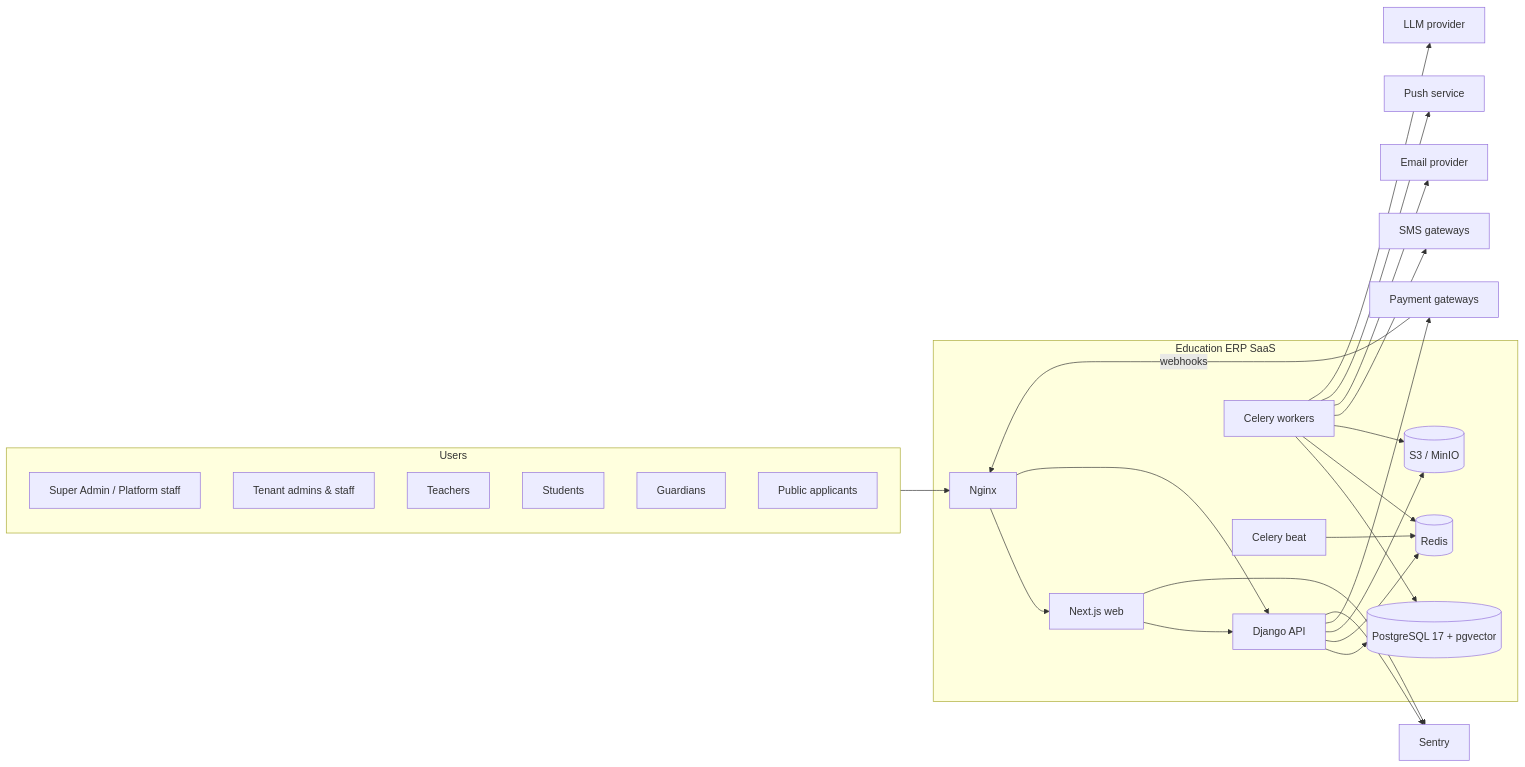
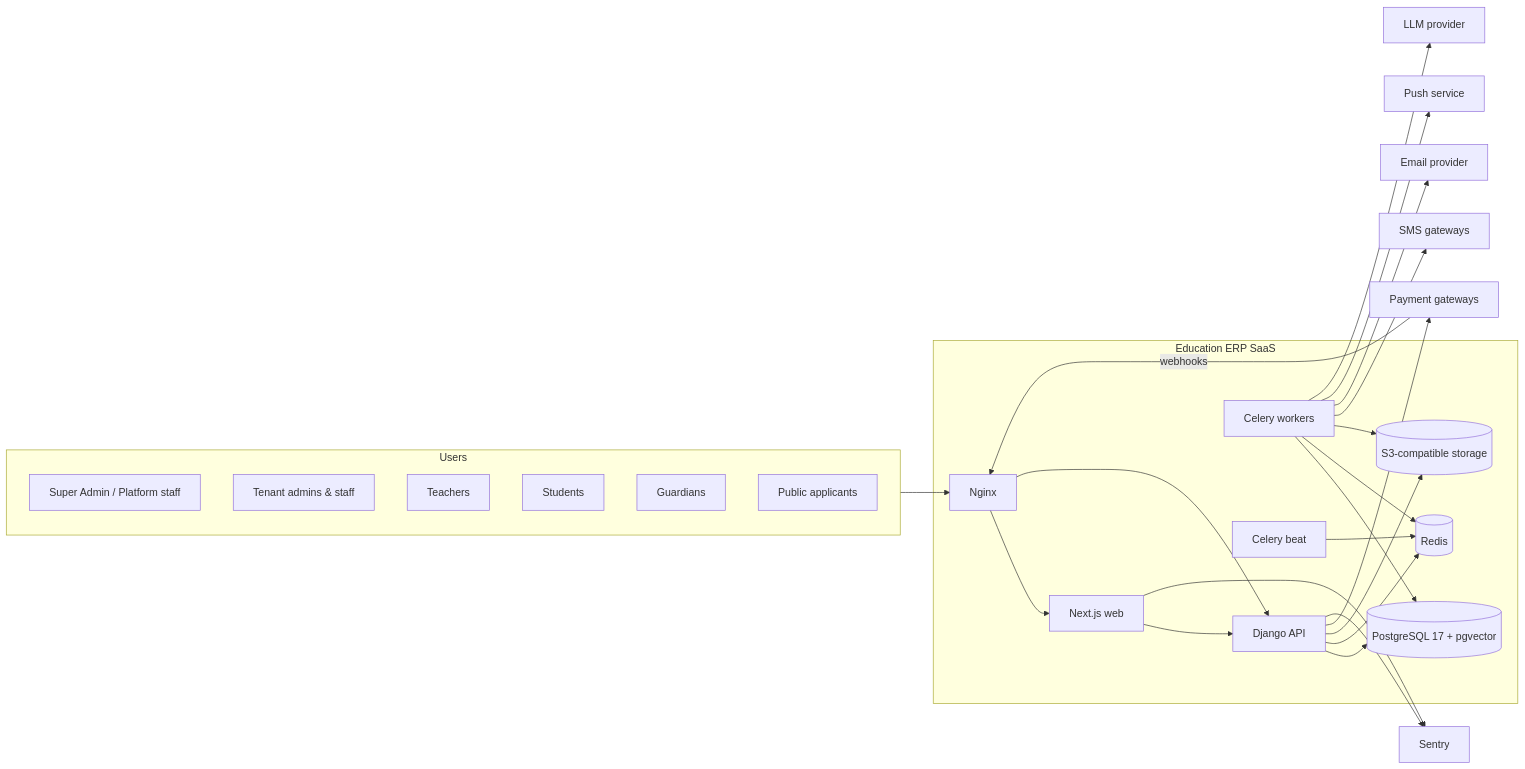
One commit to shafikcmt/education-erp-platform changed the first of 2 diagrams in docs/SYSTEM_ARCHITECTURE.md. Above: the diagram before and after it, drawn with Mermaid. The commit also changed other lines of this file and 124 other files, not shown here.

````diff
--- a/docs/SYSTEM_ARCHITECTURE.md
+++ b/docs/SYSTEM_ARCHITECTURE.md
@@ -11,32 +11,32 @@
 ```mermaid
 flowchart LR
   subgraph Users
     SA[Super Admin / Platform staff]
     TA[Tenant admins & staff]
     TE[Teachers]
     ST[Students]
     GU[Guardians]
     PUB[Public applicants]
   end
   subgraph Platform[Education ERP SaaS]
     NGINX[Nginx] --> WEB[Next.js web]
     NGINX --> API[Django API]
     WEB --> API
     API --> PG[(PostgreSQL 17 + pgvector)]
     API --> REDIS[(Redis)]
-    API --> S3[(S3 / MinIO)]
+    API --> S3[(S3-compatible storage)]
     WORKER[Celery workers] --> PG
     WORKER --> REDIS
     WORKER --> S3
     BEAT[Celery beat] --> REDIS
   end
   Users --> NGINX
   WORKER --> SMS[SMS gateways]
   WORKER --> MAIL[Email provider]
   WORKER --> PUSH[Push service]
   API --> PAY[Payment gateways]
   PAY -->|webhooks| NGINX
   WORKER --> LLM[LLM provider]
   API --> SENTRY[Sentry]
   WEB --> SENTRY
 ```
````
